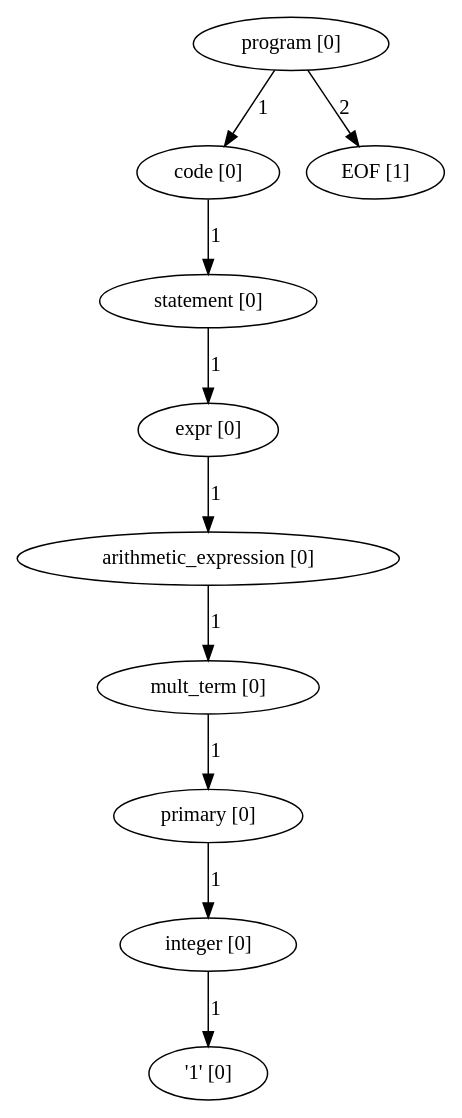
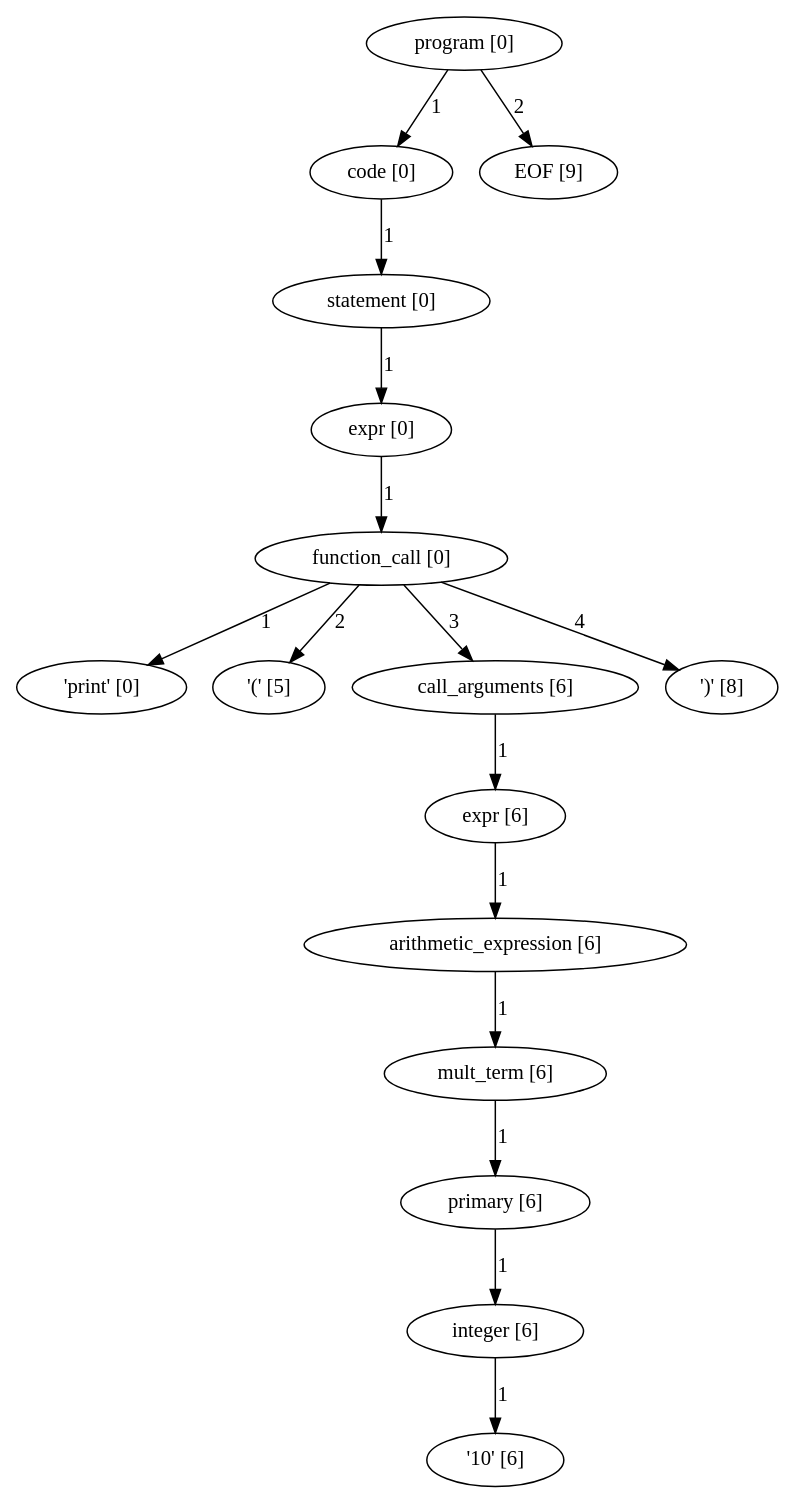
The diagram in RealProject/program_parse_tree.dot (pragdave/cs3342_smurf), drawn with Graphviz before and after one commit. The commit also changed 7 other files, not shown here.

```diff
--- a/RealProject/program_parse_tree.dot
+++ b/RealProject/program_parse_tree.dot
@@ -1,30 +1,48 @@
 digraph arpeggio_graph {
-1877123258432 [label="program [0]"];
-1877123258432->1877123258296 [label="1"]
+2870551227248 [label="program [0]"];
+2870551227248->2870551227656 [label="1"]
 
-1877123258296 [label="code [0]"];
-1877123258296->1877123258160 [label="1"]
+2870551227656 [label="code [0]"];
+2870551227656->2870551394368 [label="1"]
 
-1877123258160 [label="statement [0]"];
-1877123258160->1877123258024 [label="1"]
+2870551394368 [label="statement [0]"];
+2870551394368->2870551394232 [label="1"]
 
-1877123258024 [label="expr [0]"];
-1877123258024->1877123257888 [label="1"]
+2870551394232 [label="expr [0]"];
+2870551394232->2870551394096 [label="1"]
 
-1877123257888 [label="arithmetic_expression [0]"];
-1877123257888->1877123257752 [label="1"]
+2870551394096 [label="function_call [0]"];
+2870551394096->2870550809360 [label="1"]
 
-1877123257752 [label="mult_term [0]"];
-1877123257752->1877123257616 [label="1"]
+2870550809360 [label=" 'print' [0]"];
+2870551394096->2870550809480 [label="2"]
 
-1877123257616 [label="primary [0]"];
-1877123257616->1877123257480 [label="1"]
+2870550809480 [label=" '(' [5]"];
+2870551394096->2870551393960 [label="3"]
 
-1877123257480 [label="integer [0]"];
-1877123257480->1877122567528 [label="1"]
+2870551393960 [label="call_arguments [6]"];
+2870551393960->2870551393824 [label="1"]
 
-1877122567528 [label=" '1' [0]"];
-1877123258432->1877122567648 [label="2"]
+2870551393824 [label="expr [6]"];
+2870551393824->2870551393688 [label="1"]
 
-1877122567648 [label="EOF [1]"];
+2870551393688 [label="arithmetic_expression [6]"];
+2870551393688->2870551393552 [label="1"]
+
+2870551393552 [label="mult_term [6]"];
+2870551393552->2870551393416 [label="1"]
+
+2870551393416 [label="primary [6]"];
+2870551393416->2870551392328 [label="1"]
+
+2870551392328 [label="integer [6]"];
+2870551392328->2870550810320 [label="1"]
+
+2870550810320 [label=" '10' [6]"];
+2870551394096->2870550810440 [label="4"]
+
+2870550810440 [label=" ')' [8]"];
+2870551227248->2870550809840 [label="2"]
+
+2870550809840 [label="EOF [9]"];
 }
```
